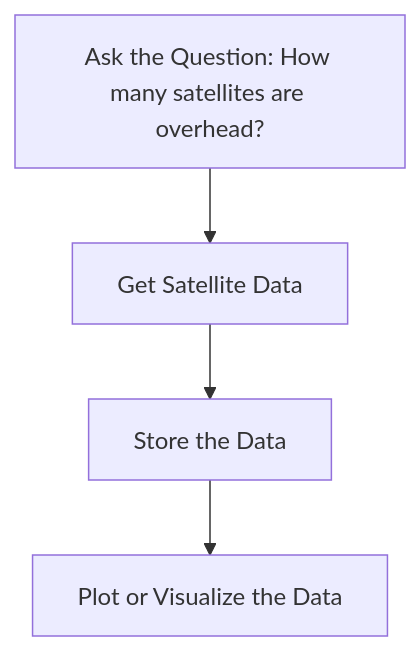
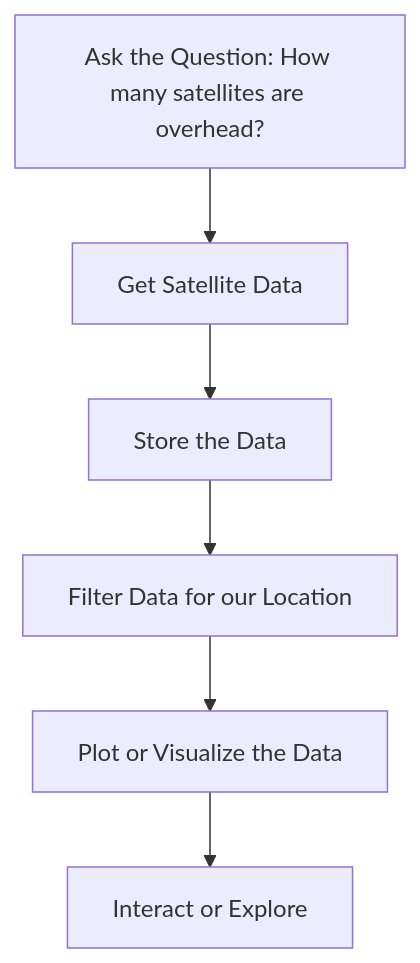
Before and after one commit to traviswillett/hi_ai: the diagram in README.md, drawn with Mermaid.

Commit message:
Mermaid improvements

````diff
--- a/README.md
+++ b/README.md
@@ -63,8 +63,10 @@
 ```mermaid
 flowchart TD
    A[Ask the Question: How many satellites are overhead?]
    B[Get Satellite Data]
    C[Store the Data]
+   E[Filter Data for our Location]
    D[Plot or Visualize the Data]
-   A --> B --> C --> D
+   F[Interact or Explore]
+   A --> B --> C --> E --> D --> F
 ```
````
